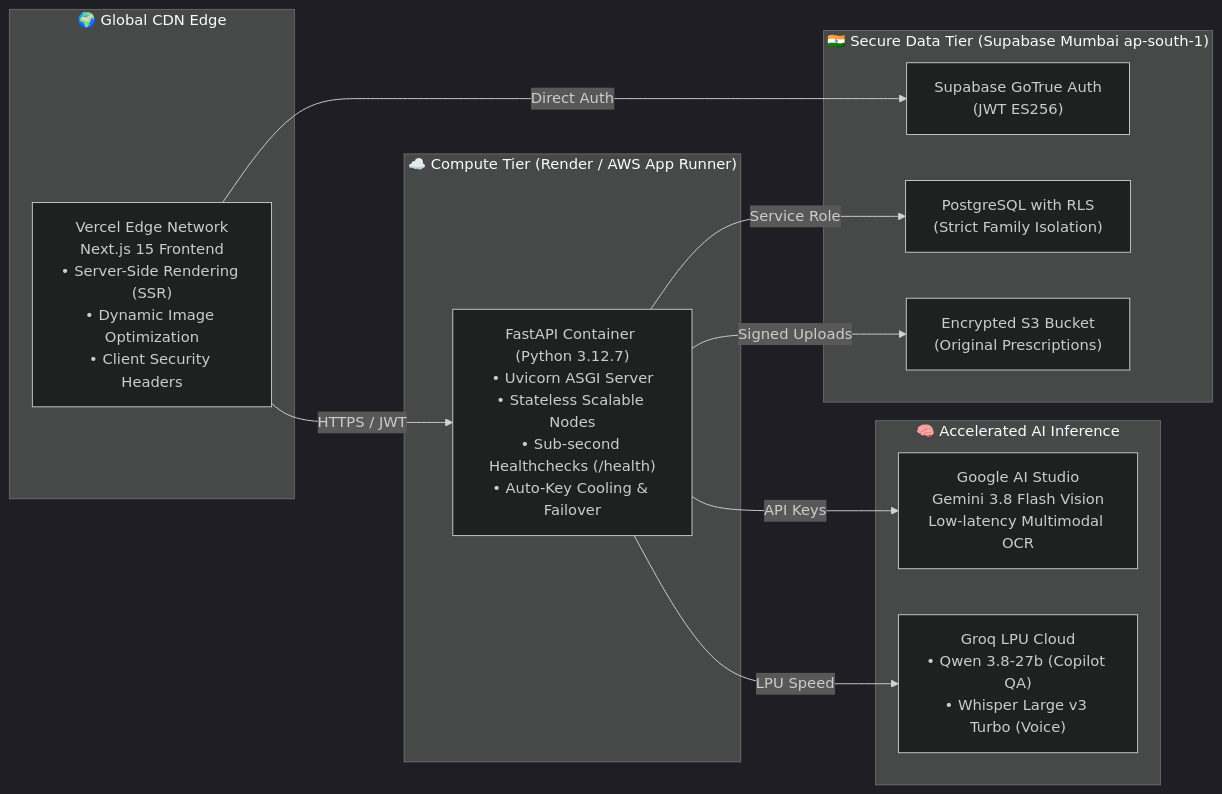
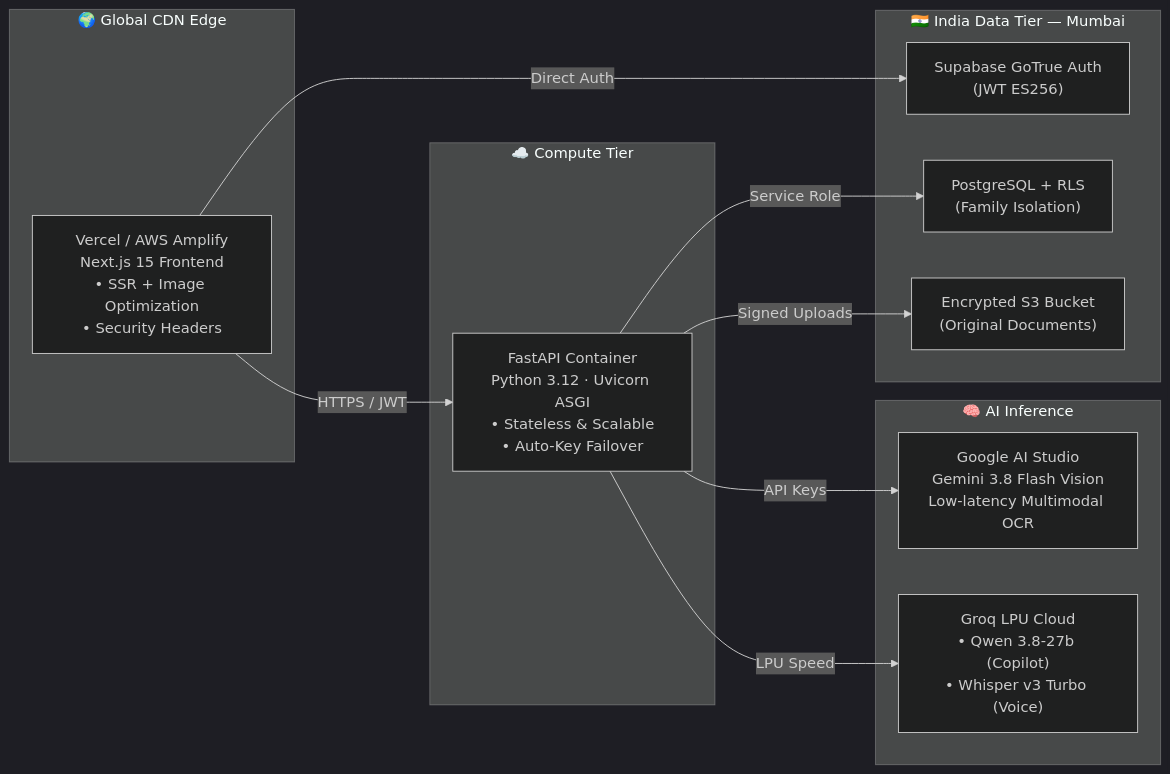
The third of 6 diagrams in README.md (Amith-Gupta/Personal-Health-Copilot), drawn with Mermaid (dark theme) before and after one commit. The commit also changed other lines of this file and 3 other files, not shown here.

````diff
--- a/README.md
+++ b/README.md
@@ -134,28 +176,28 @@
 ```mermaid
 flowchart LR
-  subgraph Edge["🌍 Global CDN Edge"]
-    VercelEdge["Vercel Edge Network\nNext.js 15 Frontend\n• Server-Side Rendering (SSR)\n• Dynamic Image Optimization\n• Client Security Headers"]
-  end
+    subgraph Edge["🌍 Global CDN Edge"]
+        Vercel["Vercel / AWS Amplify<br/>Next.js 15 Frontend<br/>• SSR + Image Optimization<br/>• Security Headers"]
+    end
 
-  subgraph CloudBackend["☁️ Compute Tier (Render / AWS App Runner)"]
-    FastAPIApp["FastAPI Container (Python 3.12.7)\n• Uvicorn ASGI Server\n• Stateless Scalable Nodes\n• Sub-second Healthchecks (/health)\n• Auto-Key Cooling & Failover"]
-  end
+    subgraph Compute["☁️ Compute Tier"]
+        FastAPI["FastAPI Container<br/>Python 3.12 · Uvicorn ASGI<br/>• Stateless & Scalable<br/>• Auto-Key Failover"]
+    end
 
-  subgraph AICloud["🧠 Accelerated AI Inference"]
-    GoogleAI["Google AI Studio\nGemini 3.8 Flash Vision\nLow-latency Multimodal OCR"]
-    GroqCloud["Groq LPU Cloud\n• Qwen 3.8-27b (Copilot QA)\n• Whisper Large v3 Turbo (Voice)"]
-  end
+    subgraph AI["🧠 AI Inference"]
+        Gemini["Google AI Studio<br/>Gemini 3.8 Flash Vision<br/>Low-latency Multimodal OCR"]
+        Groq["Groq LPU Cloud<br/>• Qwen 3.8-27b (Copilot)<br/>• Whisper v3 Turbo (Voice)"]
+    end
 
-  subgraph CloudData["🇮🇳 Secure Data Tier (Supabase Mumbai ap-south-1)"]
-    SupaAuth["Supabase GoTrue Auth\n(JWT ES256)"]
-    SupaDB["PostgreSQL with RLS\n(Strict Family Isolation)"]
-    SupaStorage["Encrypted S3 Bucket\n(Original Prescriptions)"]
-  end
+    subgraph DataLayer["🇮🇳 India Data Tier — Mumbai"]
+        SupaAuth["Supabase GoTrue Auth<br/>(JWT ES256)"]
+        SupaDB["PostgreSQL + RLS<br/>(Family Isolation)"]
+        SupaStore["Encrypted S3 Bucket<br/>(Original Documents)"]
+    end
 
-  VercelEdge -- "HTTPS / JWT" --> FastAPIApp
-  FastAPIApp -- "API Keys" --> GoogleAI
-  FastAPIApp -- "LPU Speed" --> GroqCloud
-  FastAPIApp -- "Service Role" --> SupaDB
-  FastAPIApp -- "Signed Uploads" --> SupaStorage
-  VercelEdge -- "Direct Auth" --> SupaAuth
+    Vercel -- "HTTPS / JWT" --> FastAPI
+    FastAPI -- "API Keys" --> Gemini
+    FastAPI -- "LPU Speed" --> Groq
+    FastAPI -- "Service Role" --> SupaDB
+    FastAPI -- "Signed Uploads" --> SupaStore
+    Vercel -- "Direct Auth" --> SupaAuth
 ```
````
